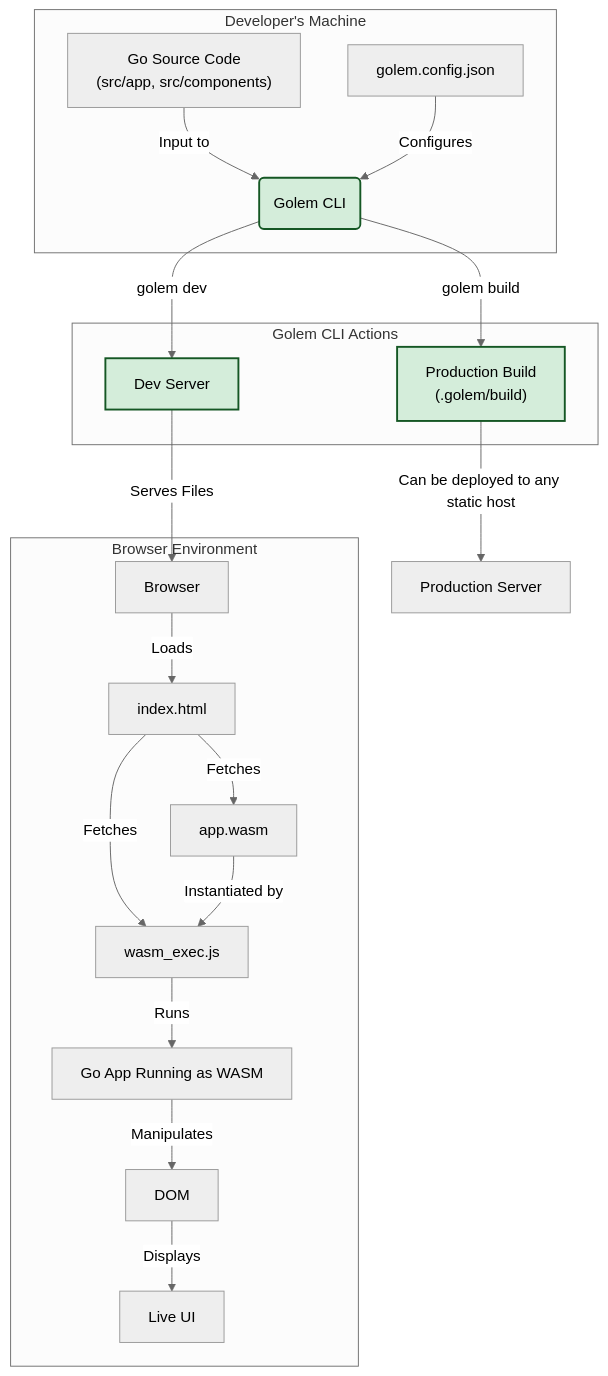
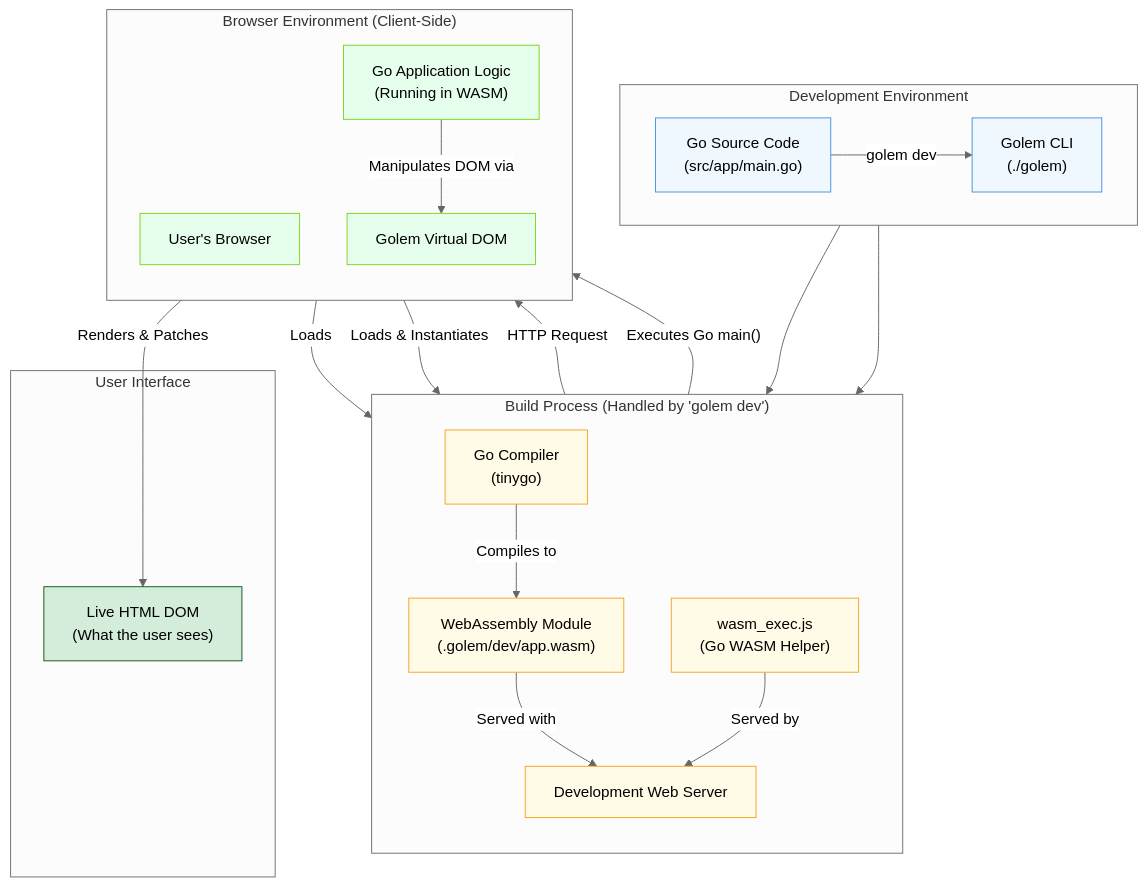
The first of 2 diagrams in README.md (Nu11ified/golem), drawn with Mermaid (neutral theme) before and after one commit. The commit also changed other lines of this file, not shown here.

````diff
--- a/README.md
+++ b/README.md
@@ -18,29 +28,42 @@
 ```mermaid
 graph TD
-    subgraph "Developer's Machine"
-        A["Go Source Code <br/>(src/app, src/components)"] -- "Input to" --> B("Golem CLI");
-        C["golem.config.json"] -- "Configures" --> B;
+    subgraph "Development Environment"
+        direction LR
+        DevCode["Go Source Code<br>(src/app/main.go)"]
+        CLI["Golem CLI<br>(./golem)"]
+        DevCode -- "golem dev" --> CLI
     end
 
-    subgraph "Golem CLI Actions"
-        B -- "golem dev" --> D["Dev Server"];
-        B -- "golem build" --> E["Production Build <br/>(.golem/build)"];
+    subgraph "Build Process (Handled by 'golem dev')"
+        direction TB
+        CLI --> GoCompiler["Go Compiler<br>(tinygo)"]
+        GoCompiler -- "Compiles to" --> Wasm["WebAssembly Module<br>(.golem/dev/app.wasm)"]
+        CLI --> DevServer["Development Web Server"]
+        Wasm -- "Served with" --> DevServer
+        JSHelper["wasm_exec.js<br>(Go WASM Helper)"] -- "Served by" --> DevServer
     end
 
-    D -- "Serves Files" --> F["Browser"];
-    
-    subgraph "Browser Environment"
-        F -- "Loads" --> G["index.html"];
-        G -- "Fetches" --> H["wasm_exec.js"];
-        G -- "Fetches" --> I["app.wasm"];
-        I -- "Instantiated by" --> H;
-        J["Go App Running as WASM"] -- "Manipulates" --> K["DOM"];
-        H -- "Runs" --> J;
-        K -- "Displays" --> L["Live UI"];
+    subgraph "Browser Environment (Client-Side)"
+        direction TB
+        DevServer -- "HTTP Request" --> Browser["User's Browser"]
+        Browser -- "Loads" --> JSHelper
+        Browser -- "Loads & Instantiates" --> Wasm
+        Wasm -- "Executes Go main()" --> GoApp["Go Application Logic<br>(Running in WASM)"]
+        GoApp -- "Manipulates DOM via" --> VDOM["Golem Virtual DOM"]
     end
 
-    E -- "Can be deployed to any static host" --> M["Production Server"];
+    subgraph "User Interface"
+        VDOM -- "Renders & Patches" --> RealDOM["Live HTML DOM<br>(What the user sees)"]
+    end
 
-    classDef cli fill:#d4edda,stroke:#155724,stroke-width:2px;
-    class B,D,E cli;
+    style DevCode fill:#f0f8ff,stroke:#4a90e2
+    style CLI fill:#f0f8ff,stroke:#4a90e2
+    style GoCompiler fill:#fffbe6,stroke:#f5a623
+    style Wasm fill:#fffbe6,stroke:#f5a623
+    style DevServer fill:#fffbe6,stroke:#f5a623
+    style JSHelper fill:#fffbe6,stroke:#f5a623
+    style Browser fill:#e6ffed,stroke:#7ed321
+    style GoApp fill:#e6ffed,stroke:#7ed321
+    style VDOM fill:#e6ffed,stroke:#7ed321
+    style RealDOM fill:#d4edda,stroke:#155724
 ```
````
